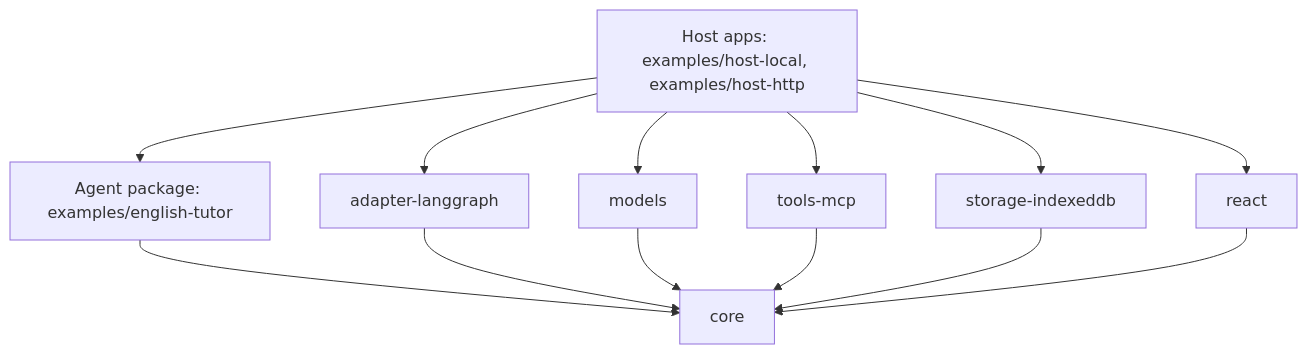
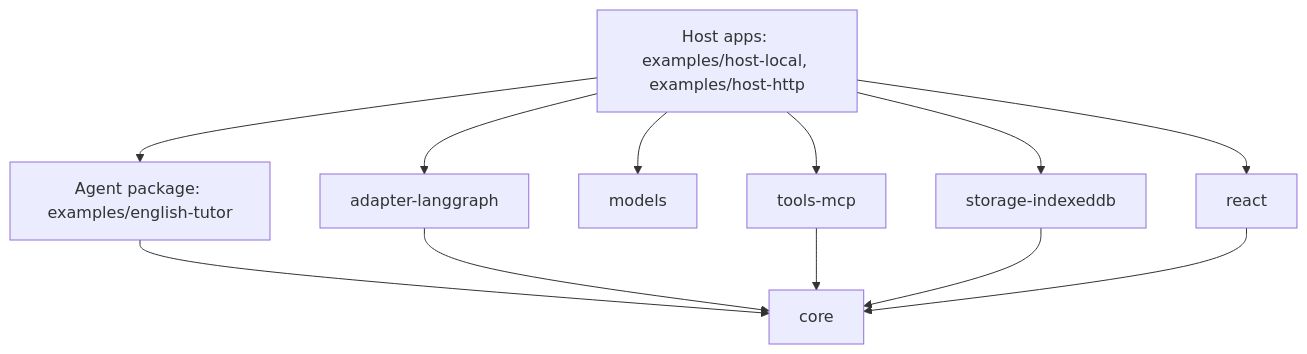
One commit to vinhnxv/galaxie changed the second of 8 diagrams in docs/system-design.md. Above: the diagram before and after it, drawn with Mermaid. The commit also changed other lines of this file and 2 other files, not shown here.

````diff
--- a/docs/system-design.md
+++ b/docs/system-design.md
@@ -81,9 +82,9 @@
 ```mermaid
 flowchart TD
     Host["Host apps: examples/host-local, examples/host-http"]
     Tutor["Agent package: examples/english-tutor"]
     Host --> Tutor
     Host --> Adapter["adapter-langgraph"] & Models["models"] & Mcp["tools-mcp"] & Storage["storage-indexeddb"] & ReactPkg["react"]
     Tutor --> Core["core"]
-    Adapter & Models & Mcp & Storage & ReactPkg --> Core
+    Adapter & Mcp & Storage & ReactPkg --> Core
 ```
````
